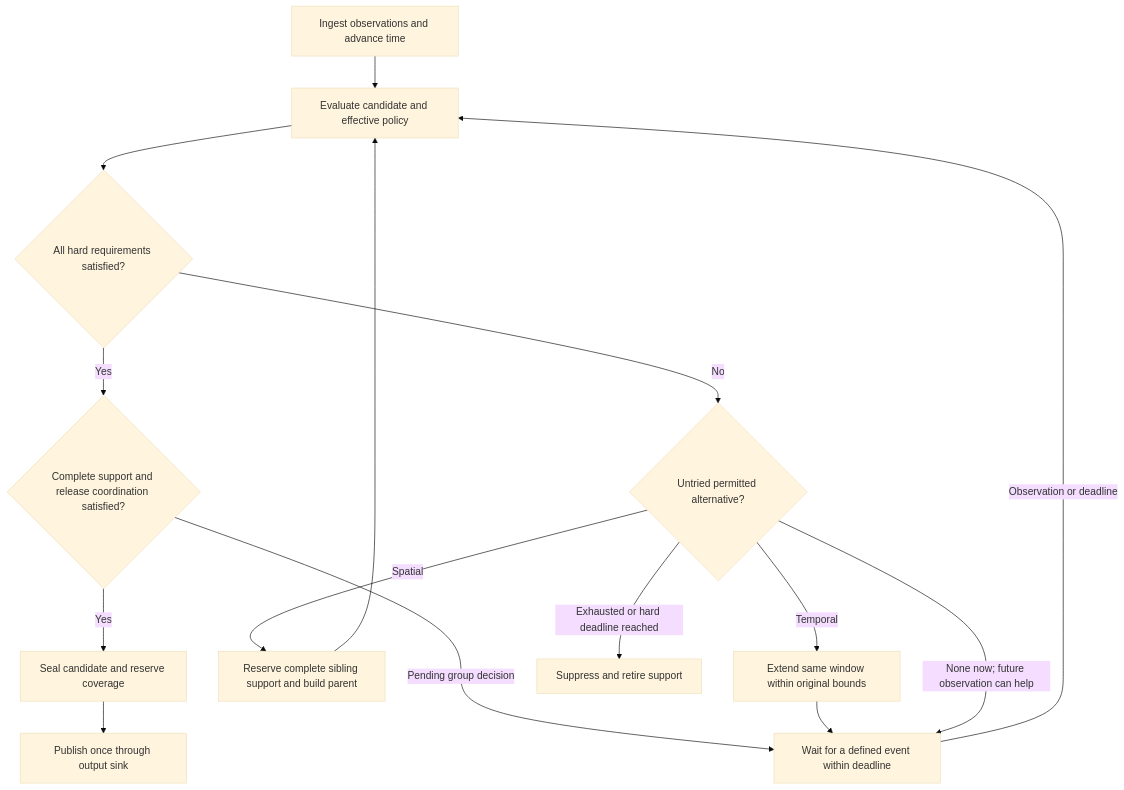
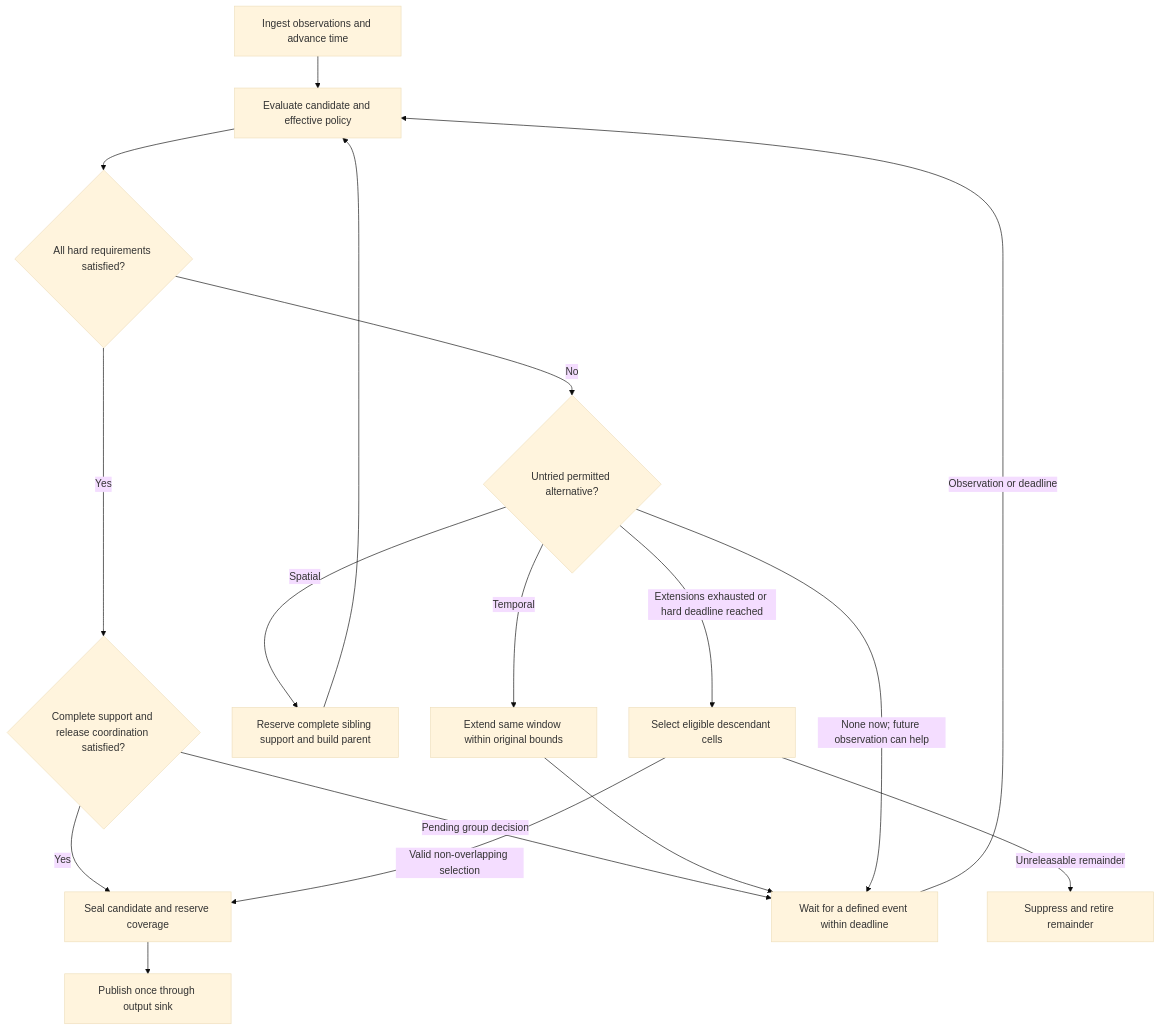
One commit to demuma/UMP-Simulator changed the diagram in docs/BUCKET_LIFECYCLE.md. Above: the diagram before and after it, drawn with Mermaid (base theme). The commit also changed other lines of this file and 2 other files, not shown here.

````diff
--- a/docs/BUCKET_LIFECYCLE.md
+++ b/docs/BUCKET_LIFECYCLE.md
@@ -147,17 +147,19 @@
 ```mermaid
 flowchart TD
     I[Ingest observations and advance time] --> E[Evaluate candidate and effective policy]
     E --> P{All hard requirements satisfied?}
     P -->|Yes| C{Complete support and release coordination satisfied?}
     C -->|Yes| R[Seal candidate and reserve coverage]
     R --> O[Publish once through output sink]
     C -->|Pending group decision| W[Wait for a defined event within deadline]
     P -->|No| A{Untried permitted alternative?}
     A -->|Spatial| M[Reserve complete sibling support and build parent]
     M --> E
     A -->|Temporal| T[Extend same window within original bounds]
     T --> W
     A -->|None now; future observation can help| W
-    A -->|Exhausted or hard deadline reached| S[Suppress and retire support]
+    A -->|Extensions exhausted or hard deadline reached| F[Select eligible descendant cells]
+    F -->|Valid non-overlapping selection| R
+    F -->|Unreleasable remainder| S[Suppress and retire remainder]
     W -->|Observation or deadline| E
 ```
````
